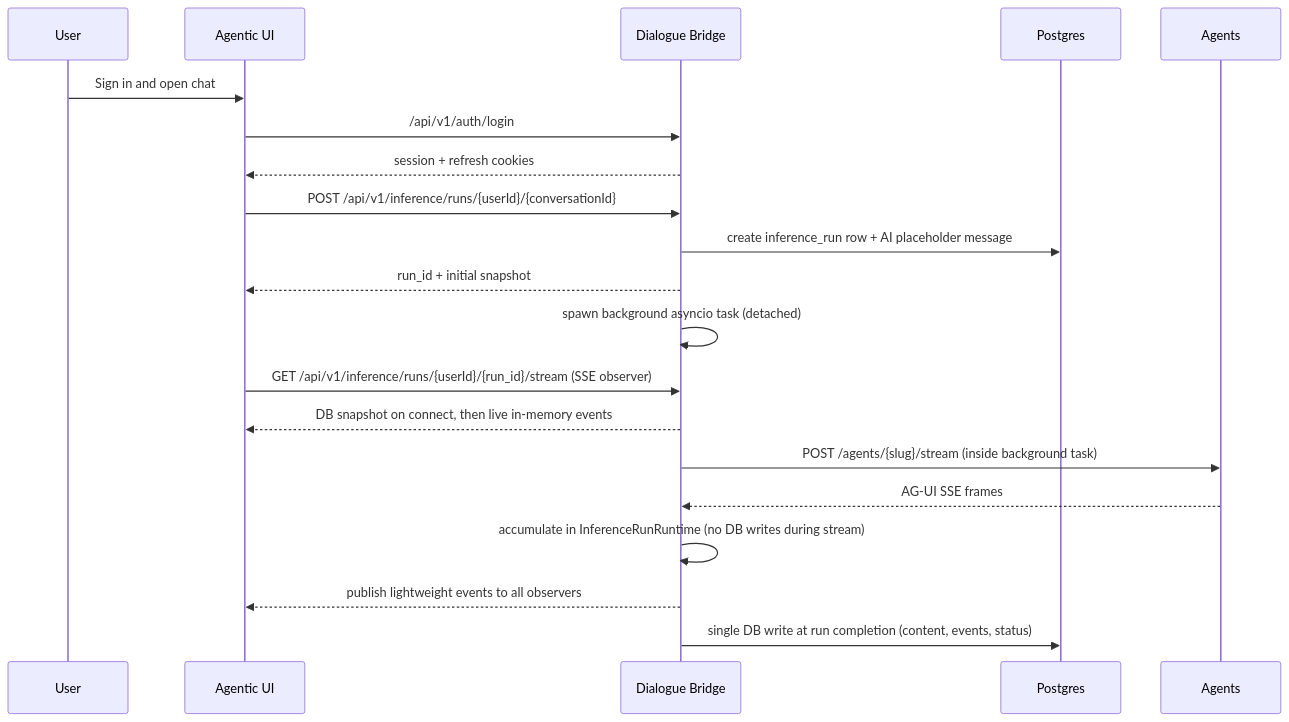
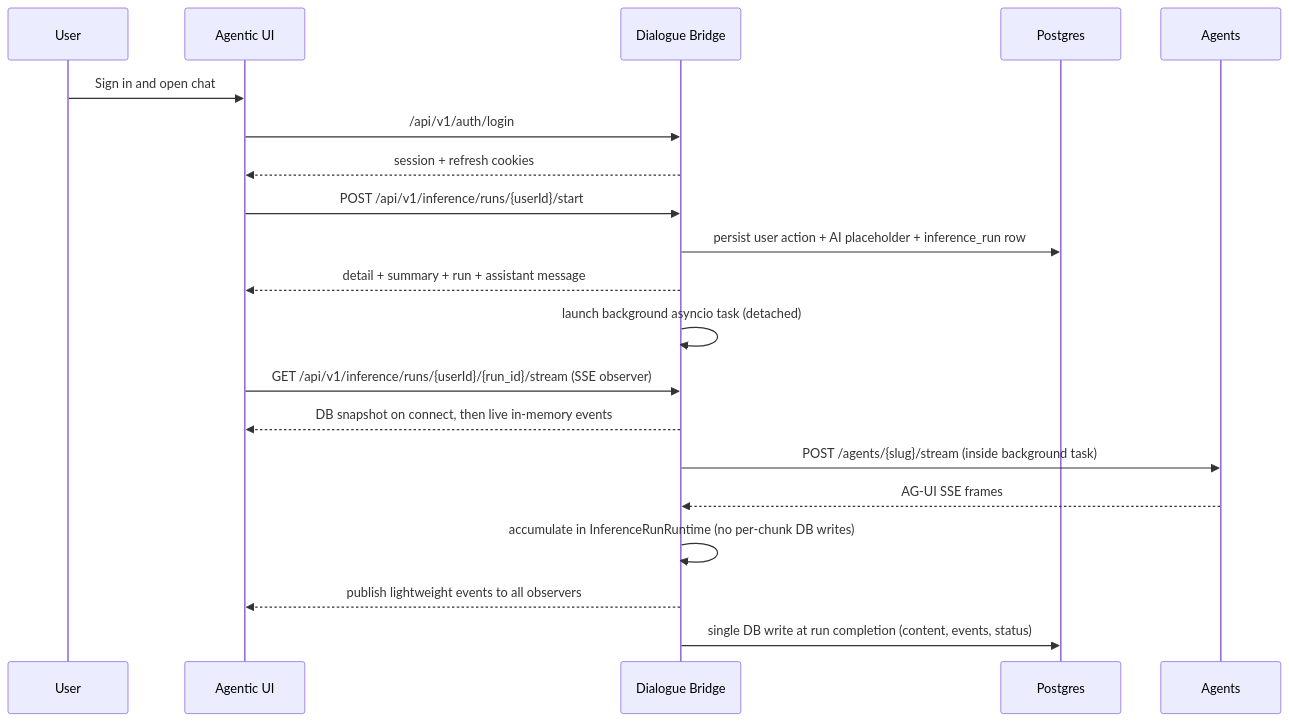
Before and after one commit to konstantinosmpouros/mAgenticX: the third of 9 diagrams in README.md, drawn with Mermaid. The commit also changed other lines of this file and 9 other files, not shown here.

````diff
--- a/README.md
+++ b/README.md
@@ -113,23 +113,23 @@
 ```mermaid
 sequenceDiagram
     participant U as User
     participant UI as Agentic UI
     participant B as Dialogue Bridge
     participant P as Postgres
     participant A as Agents
 
     U->>UI: Sign in and open chat
     UI->>B: /api/v1/auth/login
     B-->>UI: session + refresh cookies
-    UI->>B: POST /api/v1/inference/runs/{userId}/{conversationId}
-    B->>P: create inference_run row + AI placeholder message
-    B-->>UI: run_id + initial snapshot
-    B->>B: spawn background asyncio task (detached)
+    UI->>B: POST /api/v1/inference/runs/{userId}/start
+    B->>P: persist user action + AI placeholder + inference_run row
+    B-->>UI: detail + summary + run + assistant message
+    B->>B: launch background asyncio task (detached)
     UI->>B: GET /api/v1/inference/runs/{userId}/{run_id}/stream (SSE observer)
     B-->>UI: DB snapshot on connect, then live in-memory events
     B->>A: POST /agents/{slug}/stream (inside background task)
     A-->>B: AG-UI SSE frames
-    B->>B: accumulate in InferenceRunRuntime (no DB writes during stream)
+    B->>B: accumulate in InferenceRunRuntime (no per-chunk DB writes)
     B-->>UI: publish lightweight events to all observers
     B->>P: single DB write at run completion (content, events, status)
 ```
````
